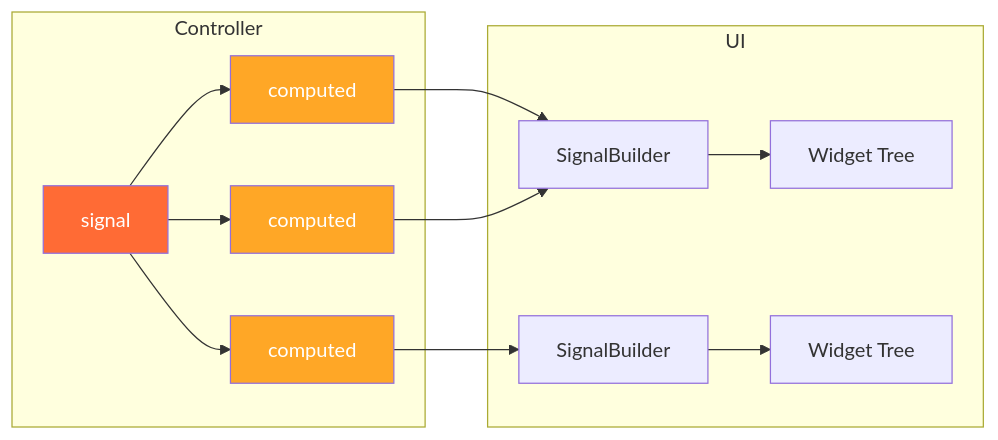
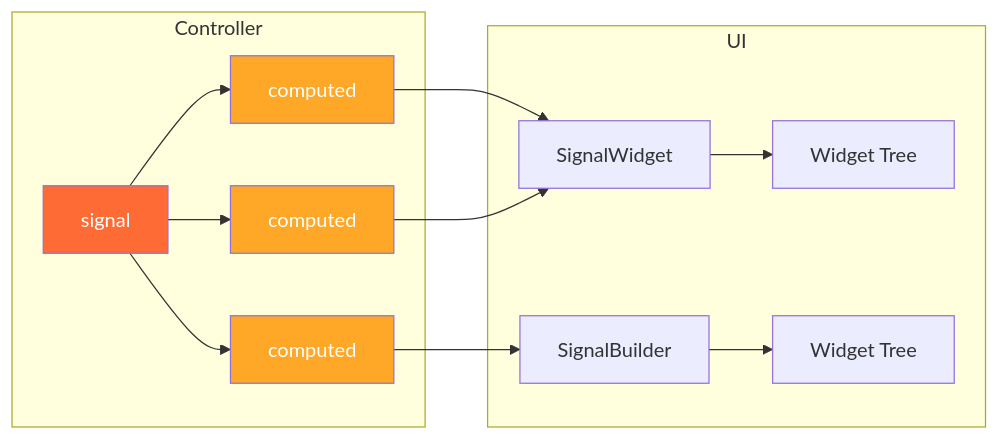
Before and after one commit to fans963/li_curriculum_table: the third of 4 diagrams in README.md, drawn with Mermaid. The commit also changed other lines of this file and 10 other files, not shown here.

````diff
--- a/README.md
+++ b/README.md
@@ -119,22 +121,22 @@
 ```mermaid
 graph LR
     subgraph "Controller"
         A[signal] --> B[computed]
         A --> C[computed]
         A --> D[computed]
     end
 
     subgraph "UI"
-        E[SignalBuilder] --> F[Widget Tree]
+        E[SignalWidget] --> F[Widget Tree]
         G[SignalBuilder] --> H[Widget Tree]
     end
 
     B --> E
     C --> G
     D --> E
 
     style A fill:#FF6B35,color:#fff
     style B fill:#FFA726,color:#fff
     style C fill:#FFA726,color:#fff
     style D fill:#FFA726,color:#fff
 ```
````
